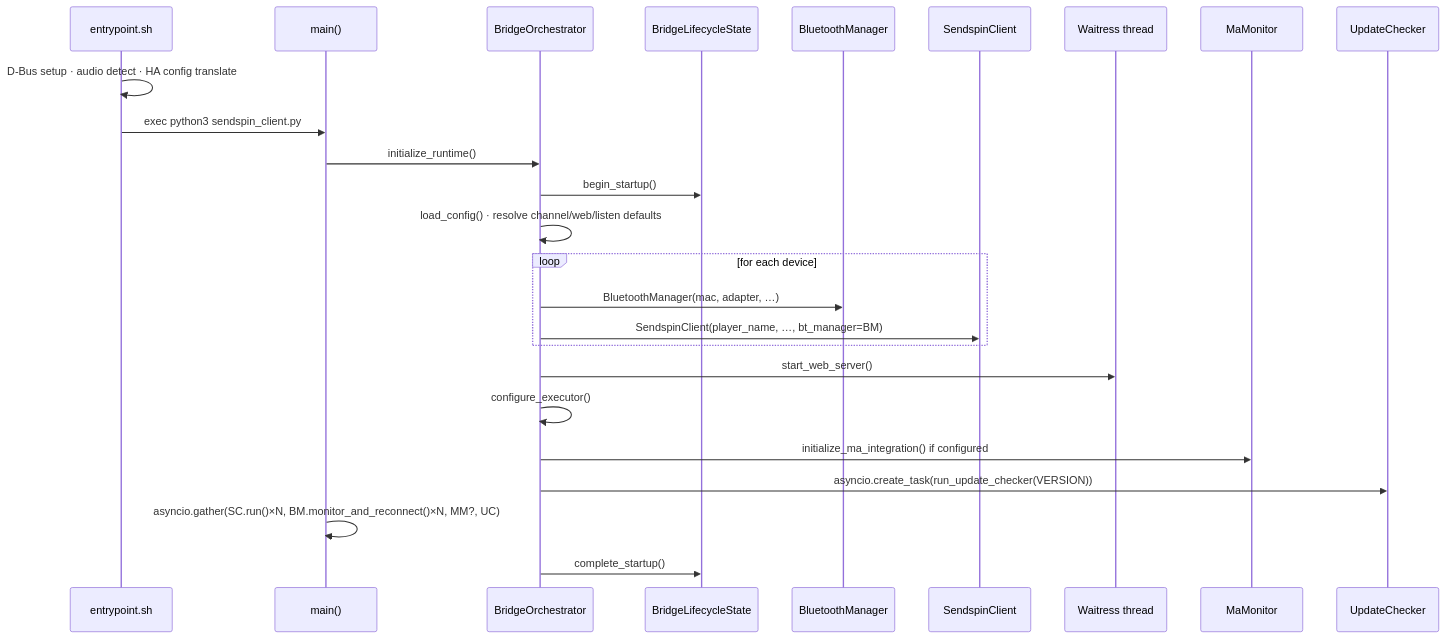
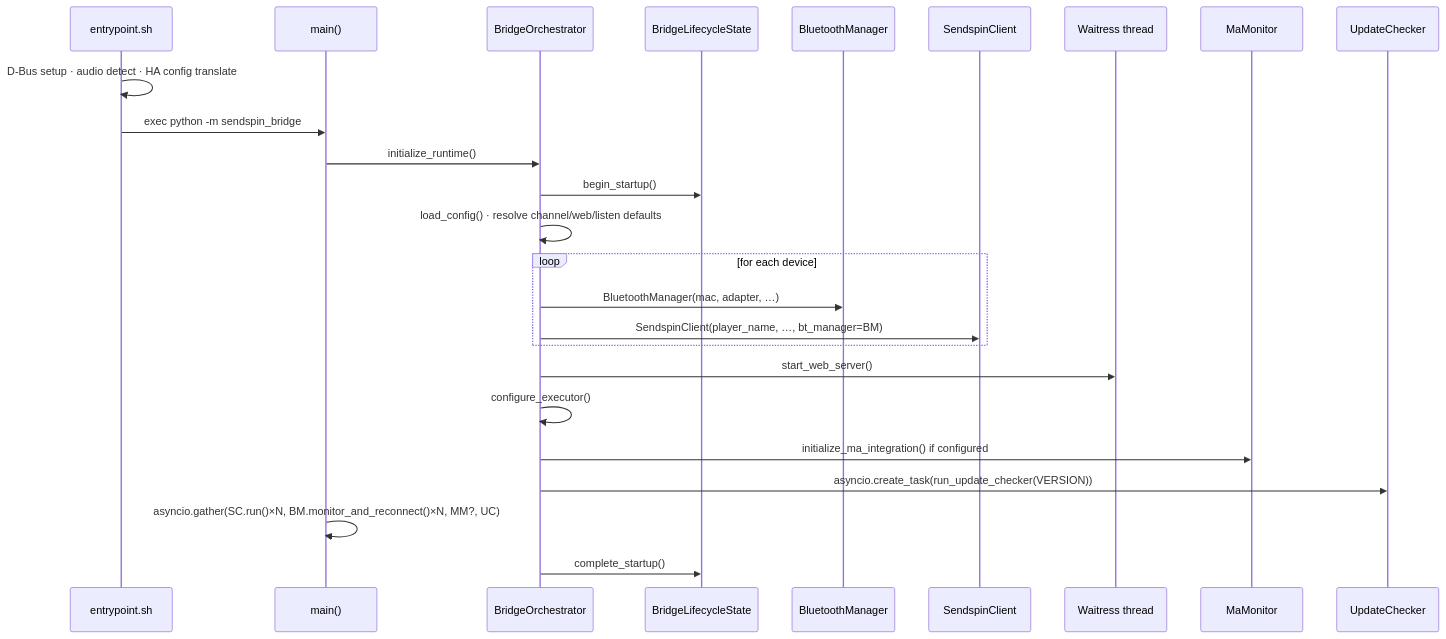
The second of 28 diagrams in docs-site/src/content/docs/ru/architecture.md (trudenboy/sendspin-bt-bridge), drawn with Mermaid before and after one commit. The commit also changed other lines of this file and 78 other files, not shown here.

````diff
--- a/docs-site/src/content/docs/ru/architecture.md
+++ b/docs-site/src/content/docs/ru/architecture.md
@@ -127,28 +128,28 @@
 ```mermaid
 sequenceDiagram
     participant SH as entrypoint.sh
     participant MP as main()
     participant BO as BridgeOrchestrator
     participant LS as BridgeLifecycleState
     participant BM as BluetoothManager
     participant SC as SendspinClient
     participant WS as Waitress thread
     participant MM as MaMonitor
     participant UC as UpdateChecker
 
     SH->>SH: D-Bus setup · audio detect · HA config translate
-    SH->>MP: exec python3 sendspin_client.py
+    SH->>MP: exec python -m sendspin_bridge
     MP->>BO: initialize_runtime()
     BO->>LS: begin_startup()
     BO->>BO: load_config() · resolve channel/web/listen defaults
     loop for each device
         BO->>BM: BluetoothManager(mac, adapter, …)
         BO->>SC: SendspinClient(player_name, …, bt_manager=BM)
     end
     BO->>WS: start_web_server()
     BO->>BO: configure_executor()
     BO->>MM: initialize_ma_integration() if configured
     BO->>UC: asyncio.create_task(run_update_checker(VERSION))
     MP->>MP: asyncio.gather(SC.run()×N, BM.monitor_and_reconnect()×N, MM?, UC)
     BO->>LS: complete_startup()
 ```
````
